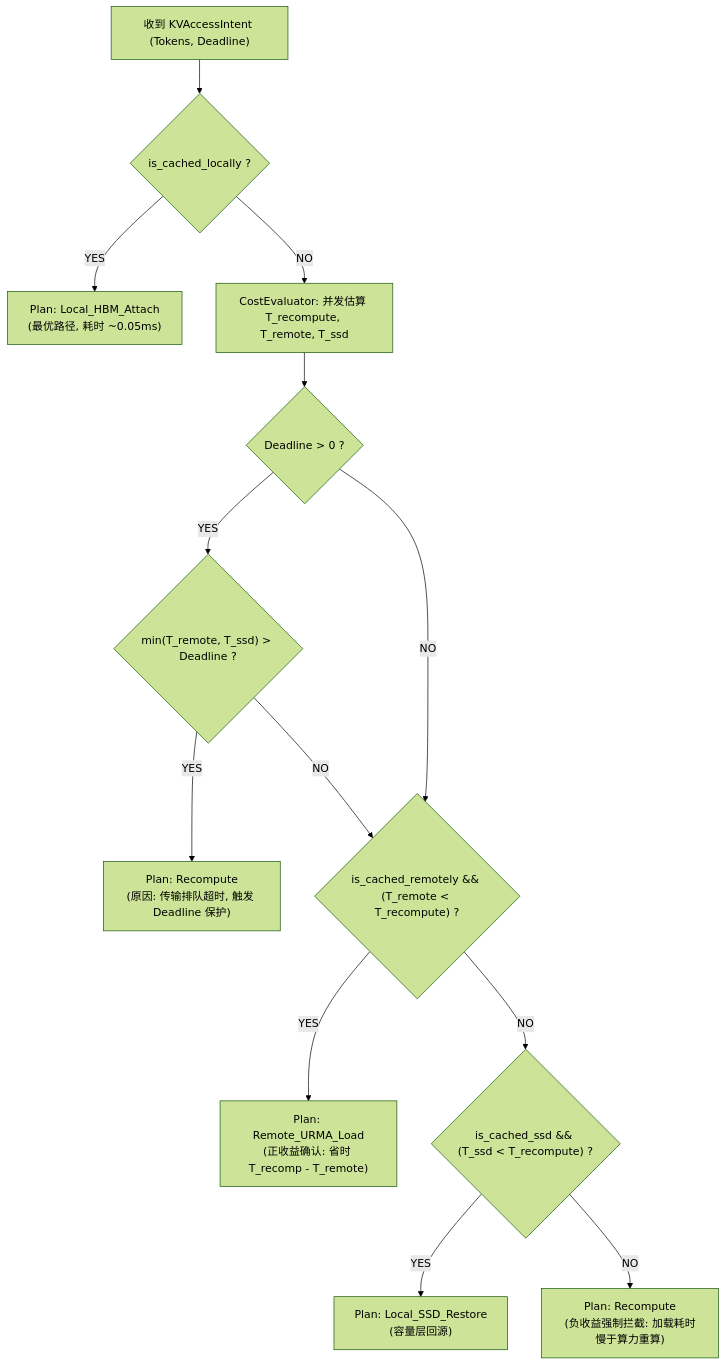
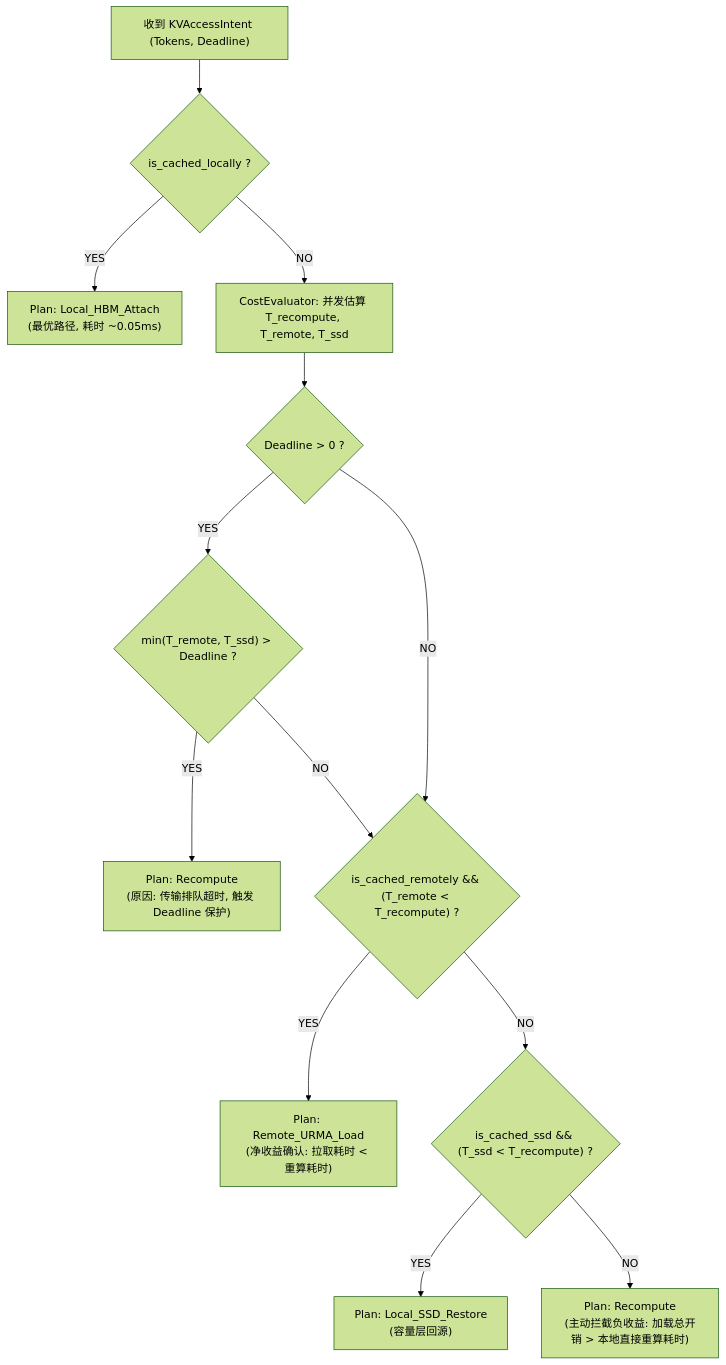
One commit to stonetree/reports changed the diagram in kvcache/unified_kv_memory/提前验证方案设计/验证计划方案设计/05_PVT-04_QueryPlan微秒级动态决策引擎与CostEvaluator验证实施方案设计.md. Above: the diagram before and after it, drawn with Mermaid (forest theme). The commit also changed other lines of this file and 32 other files, not shown here.

````diff
--- a/kvcache/unified_kv_memory/提前验证方案设计/验证计划方案设计/05_PVT-04_QueryPlan微秒级动态决策引擎与CostEvaluator验证实施方案设计.md
+++ b/kvcache/unified_kv_memory/提前验证方案设计/验证计划方案设计/05_PVT-04_QueryPlan微秒级动态决策引擎与CostEvaluator验证实施方案设计.md
@@ -129,17 +82,17 @@
 ```mermaid
 flowchart TD
     Start["收到 KVAccessIntent (Tokens, Deadline)"] --> CheckLocal{"is_cached_locally ?"}
     CheckLocal -- "YES" --> ActionLocal["Plan: Local_HBM_Attach<br/>(最优路径, 耗时 ~0.05ms)"]
     CheckLocal -- "NO" --> EvalCost["CostEvaluator: 并发估算 T_recompute, T_remote, T_ssd"]
     
     EvalCost --> CheckDeadline{"Deadline > 0 ?"}
     CheckDeadline -- "YES" --> DeadlineRule{"min(T_remote, T_ssd) > Deadline ?"}
     DeadlineRule -- "YES" --> ForceRecompute["Plan: Recompute<br/>(原因: 传输排队超时, 触发 Deadline 保护)"]
     DeadlineRule -- "NO" --> CompareNet
     
     CheckDeadline -- "NO" --> CompareNet{"is_cached_remotely && (T_remote < T_recompute) ?"}
-    CompareNet -- "YES" --> ActionRemote["Plan: Remote_URMA_Load<br/>(正收益确认: 省时 T_recomp - T_remote)"]
+    CompareNet -- "YES" --> ActionRemote["Plan: Remote_URMA_Load<br/>(净收益确认: 拉取耗时 < 重算耗时)"]
     CompareNet -- "NO" --> CheckSSD{"is_cached_ssd && (T_ssd < T_recompute) ?"}
     CheckSSD -- "YES" --> ActionSSD["Plan: Local_SSD_Restore<br/>(容量层回源)"]
-    CheckSSD -- "NO" --> Intercept["Plan: Recompute<br/>(负收益强制拦截: 加载耗时慢于算力重算)"]
+    CheckSSD -- "NO" --> Intercept["Plan: Recompute<br/>(主动拦截负收益: 加载总开销 > 本地直接重算耗时)"]
 ```
````
